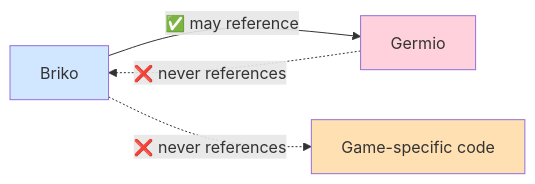
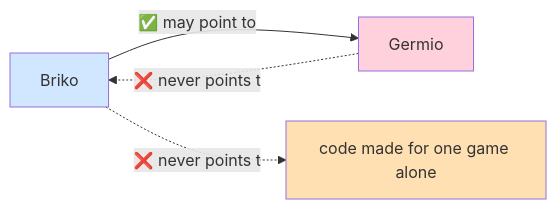
The ninth of 11 diagrams in README.md (hiroxpepe/briko), drawn with Mermaid before and after one commit. The commit also changed other lines of this file and 1 other file, not shown here.

````diff
--- a/README.md
+++ b/README.md
@@ -358,10 +392,10 @@
 ```mermaid
 graph LR
-    Briko -->|✅ may reference| Germio
-    Germio -.❌ never references.-> Briko
-    Briko -.❌ never references.-> GameDev[Game-specific code]
+    Briko -->|✅ may point to| Germio
+    Germio -.❌ never points to.-> Briko
+    Briko -.❌ never points to.-> GameDev[code made for one game alone]
 
     style Briko fill:#d1e7ff
     style Germio fill:#ffd1dc
     style GameDev fill:#ffe0b2
 ```
````
